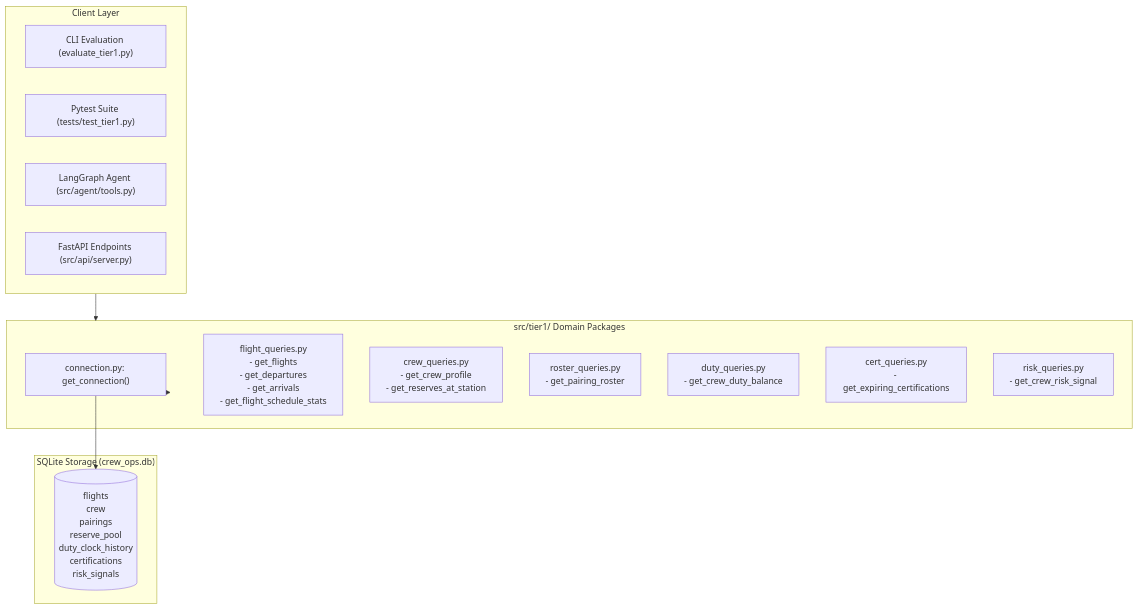
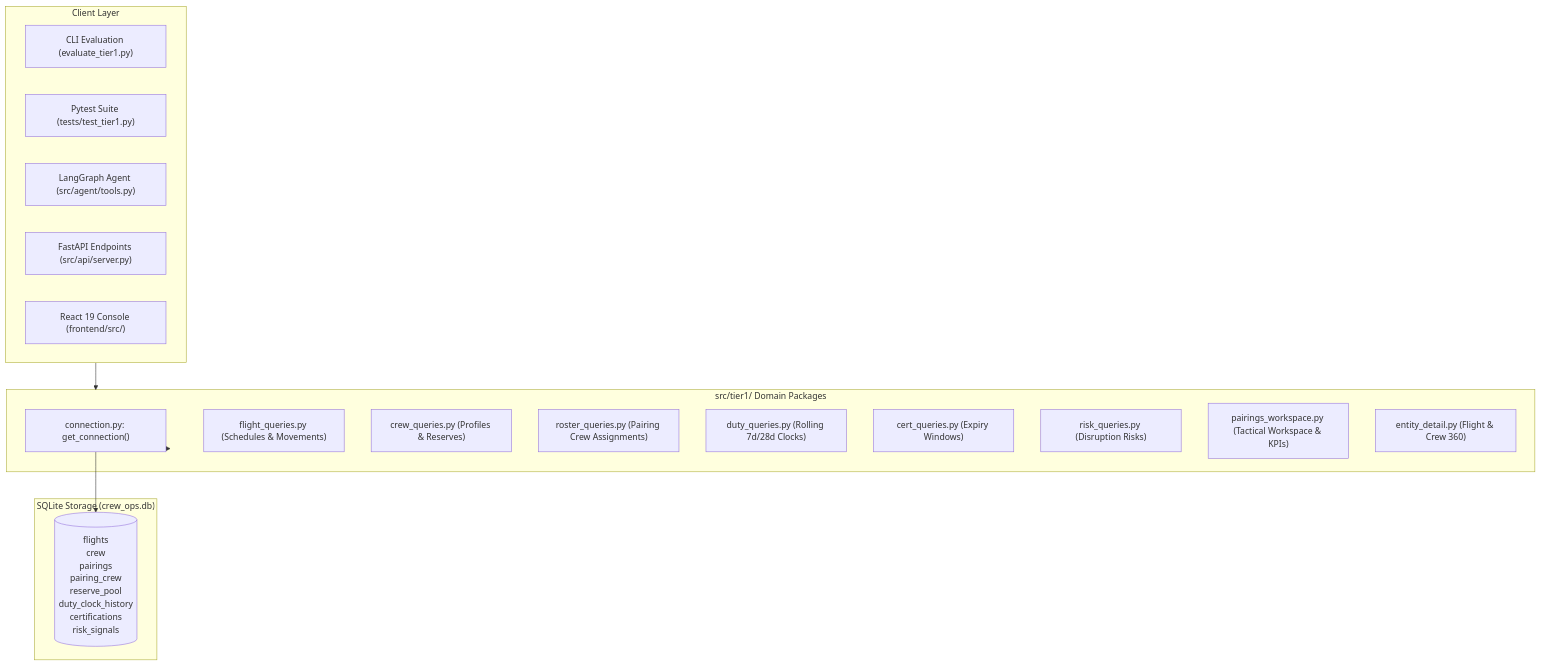
One commit to Aayush4396/bessemer-dcortex-crew-ops changed the first of 2 diagrams in docs/TIER1_QUERY_ENGINE.md. Above: the diagram before and after it, drawn with Mermaid. The commit also changed other lines of this file and 9 other files, not shown here.

````diff
--- a/docs/TIER1_QUERY_ENGINE.md
+++ b/docs/TIER1_QUERY_ENGINE.md
@@ -22,26 +22,29 @@
 ```mermaid
 flowchart TD
     subgraph ClientLayer ["Client Layer"]
         CLI["CLI Evaluation (evaluate_tier1.py)"]
         Test["Pytest Suite (tests/test_tier1.py)"]
         Agent["LangGraph Agent (src/agent/tools.py)"]
         API["FastAPI Endpoints (src/api/server.py)"]
+        UI["React 19 Console (frontend/src/)"]
     end
 
     subgraph Tier1 ["src/tier1/ Domain Packages"]
         Conn["connection.py: get_connection()"]
-        FQ["flight_queries.py\n- get_flights\n- get_departures\n- get_arrivals\n- get_flight_schedule_stats"]
-        CQ["crew_queries.py\n- get_crew_profile\n- get_reserves_at_station"]
-        RQ["roster_queries.py\n- get_pairing_roster"]
-        DQ["duty_queries.py\n- get_crew_duty_balance"]
-        CertQ["cert_queries.py\n- get_expiring_certifications"]
-        RiskQ["risk_queries.py\n- get_crew_risk_signal"]
+        FQ["flight_queries.py (Schedules & Movements)"]
+        CQ["crew_queries.py (Profiles & Reserves)"]
+        RQ["roster_queries.py (Pairing Crew Assignments)"]
+        DQ["duty_queries.py (Rolling 7d/28d Clocks)"]
+        CertQ["cert_queries.py (Expiry Windows)"]
+        RiskQ["risk_queries.py (Disruption Risks)"]
+        PWS["pairings_workspace.py (Tactical Workspace & KPIs)"]
+        EDS["entity_detail.py (Flight & Crew 360)"]
     end
 
     subgraph DB ["SQLite Storage (crew_ops.db)"]
-        SQL[("flights\ncrew\npairings\nreserve_pool\nduty_clock_history\ncertifications\nrisk_signals")]
+        SQL[("flights\ncrew\npairings\npairing_crew\nreserve_pool\nduty_clock_history\ncertifications\nrisk_signals")]
     end
 
     ClientLayer --> Tier1
     Tier1 --> Conn --> SQL
 ```
````
